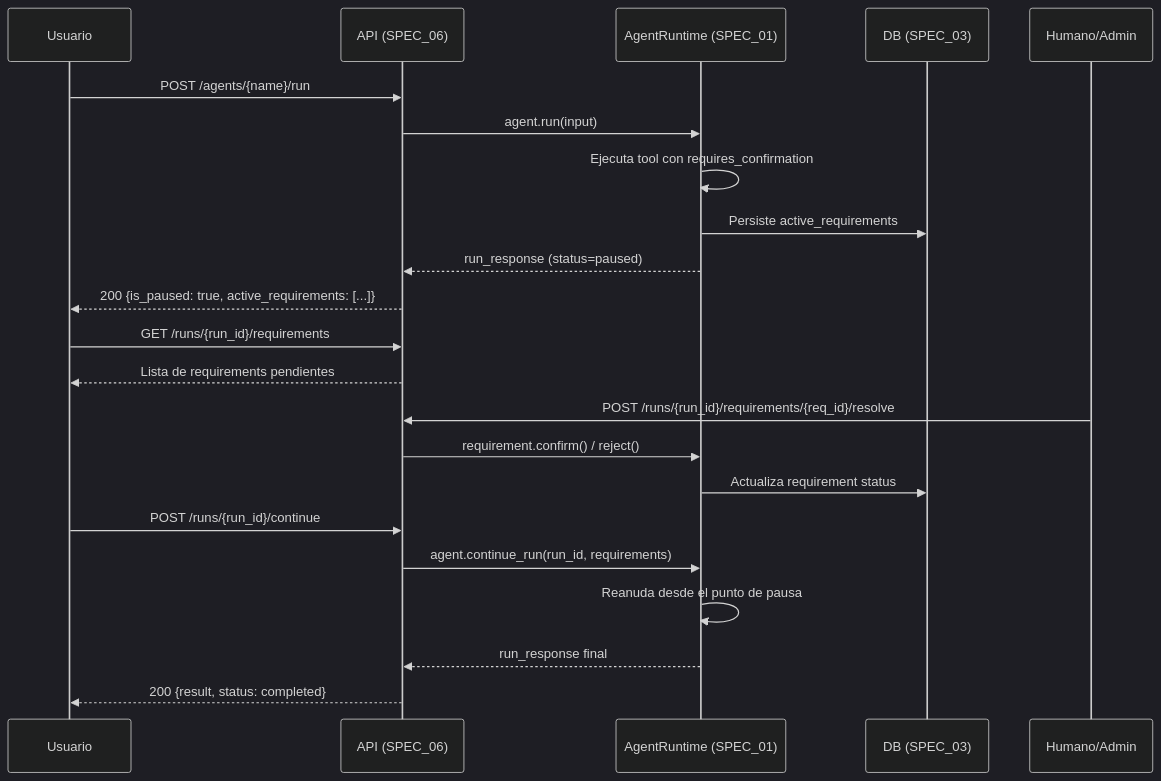
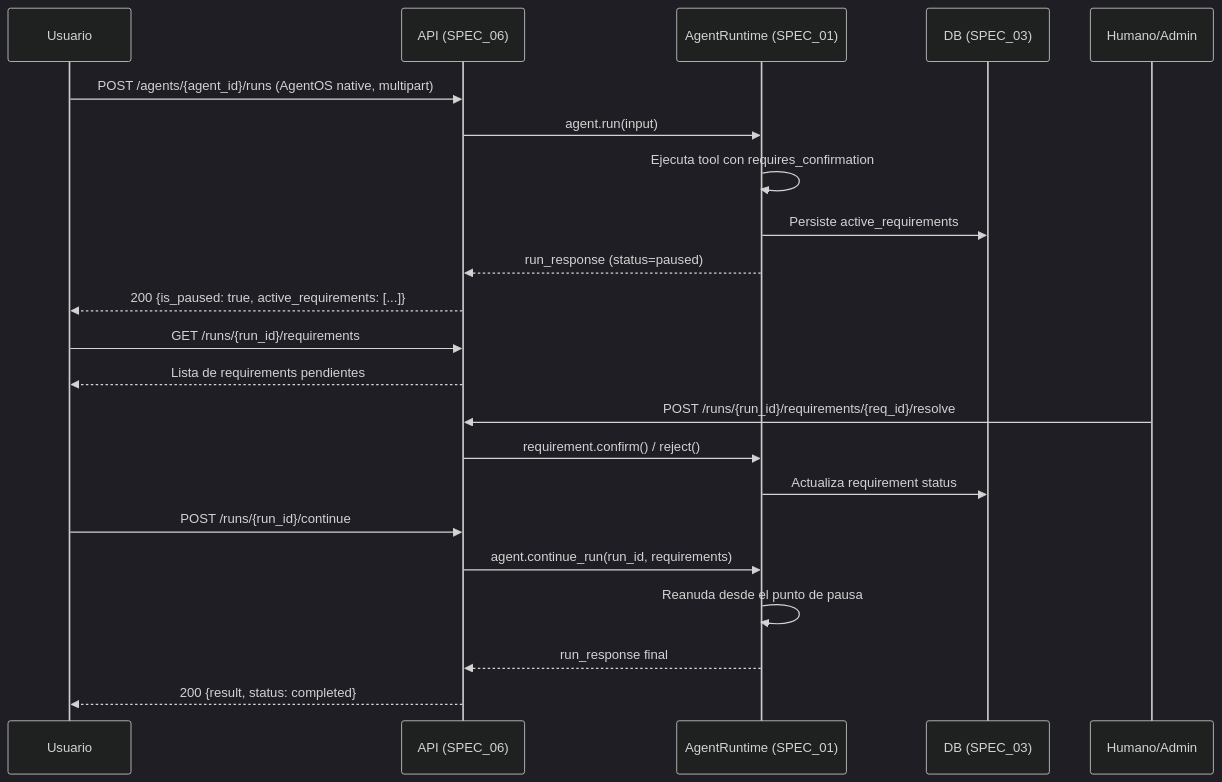
Before and after one commit to CENFARG/yaml-agno: the second of 5 diagrams in specs/SPEC_16_HITL_APPROVALS_GUARDRAILS.md, drawn with Mermaid (dark theme). The commit also changed 2 other files, not shown here.

Commit message:
spec(08,16,19): verification catch - remove last 3 active references to eliminated endpoint
Adversarial re-verification (the proof step) found 3 residual ACTIVE references to the
eliminated POST /agents/{name}/run that the waves missed (negative-test mentions excluded):
- SPEC_08 E2E-T04: 'API run flow (POST /agents/{name}/run)' -> native AgentOS multipart
  POST /agents/{agent_id}/runs via YamlAgentOS.
- SPEC_16 HITL sequenceDiagram: POST /agents/{name}/run -> native POST /agents/{agent_id}/runs.
- SPEC_19 comparison table: 'SPEC_06 covers POST /agents/{name}/run' -> thin-layer description.

All 11 contradiction-map items now verified RESOLVED (grep + gate). Gate green 33/33.

````diff
--- a/specs/SPEC_16_HITL_APPROVALS_GUARDRAILS.md
+++ b/specs/SPEC_16_HITL_APPROVALS_GUARDRAILS.md
@@ -122,28 +122,28 @@
 ```mermaid
 sequenceDiagram
     participant U as Usuario
     participant API as API (SPEC_06)
     participant AR as AgentRuntime (SPEC_01)
     participant DB as DB (SPEC_03)
     participant H as Humano/Admin
 
-    U->>API: POST /agents/{name}/run
+    U->>API: POST /agents/{agent_id}/runs (AgentOS native, multipart)
     API->>AR: agent.run(input)
     AR->>AR: Ejecuta tool con requires_confirmation
     AR->>DB: Persiste active_requirements
     AR-->>API: run_response (status=paused)
     API-->>U: 200 {is_paused: true, active_requirements: [...]}
 
     U->>API: GET /runs/{run_id}/requirements
     API-->>U: Lista de requirements pendientes
 
     H->>API: POST /runs/{run_id}/requirements/{req_id}/resolve
     API->>AR: requirement.confirm() / reject()
     AR->>DB: Actualiza requirement status
 
     U->>API: POST /runs/{run_id}/continue
     API->>AR: agent.continue_run(run_id, requirements)
     AR->>AR: Reanuda desde el punto de pausa
     AR-->>API: run_response final
     API-->>U: 200 {result, status: completed}
 ```
````
